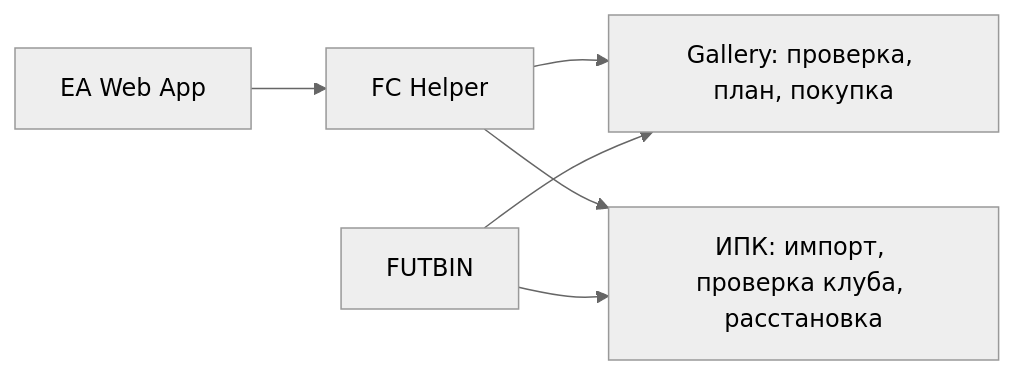
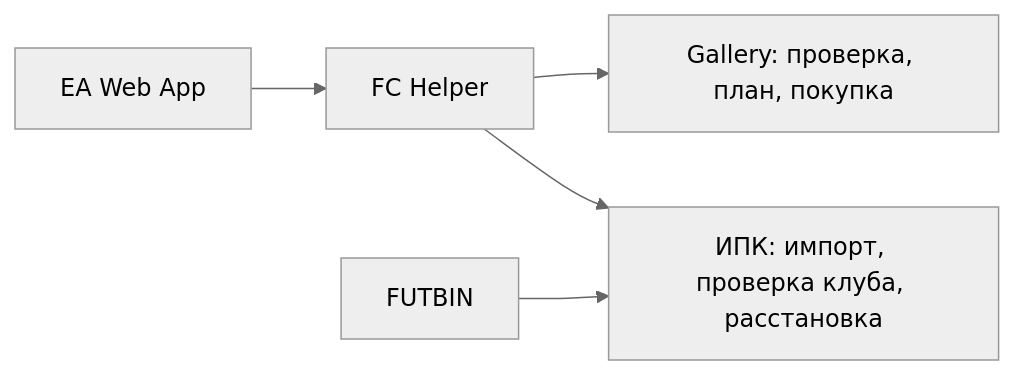
The diagram in README.md (sergunchik218/FC-Gallery_SBC-Assistant), drawn with Mermaid (neutral theme) before and after one commit. The commit also changed other lines of this file and 15 other files, not shown here.

````diff
--- a/README.md
+++ b/README.md
@@ -19,8 +23,7 @@
 ```mermaid
 flowchart LR
     EA[EA Web App] --> H[FC Helper]
     H --> G[Gallery: проверка, план, покупка]
     H --> S[ИПК: импорт, проверка клуба, расстановка]
-    F[FUTBIN] --> G
-    F --> S
+    F[FUTBIN] --> S
 ```
````
